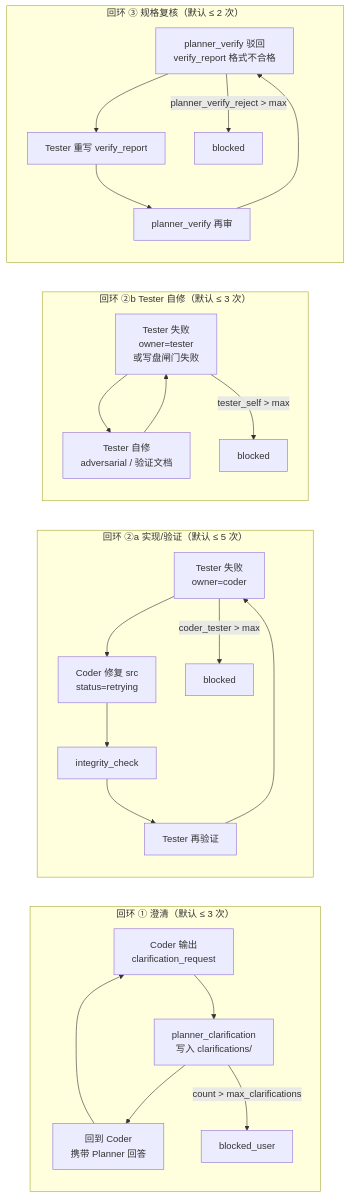
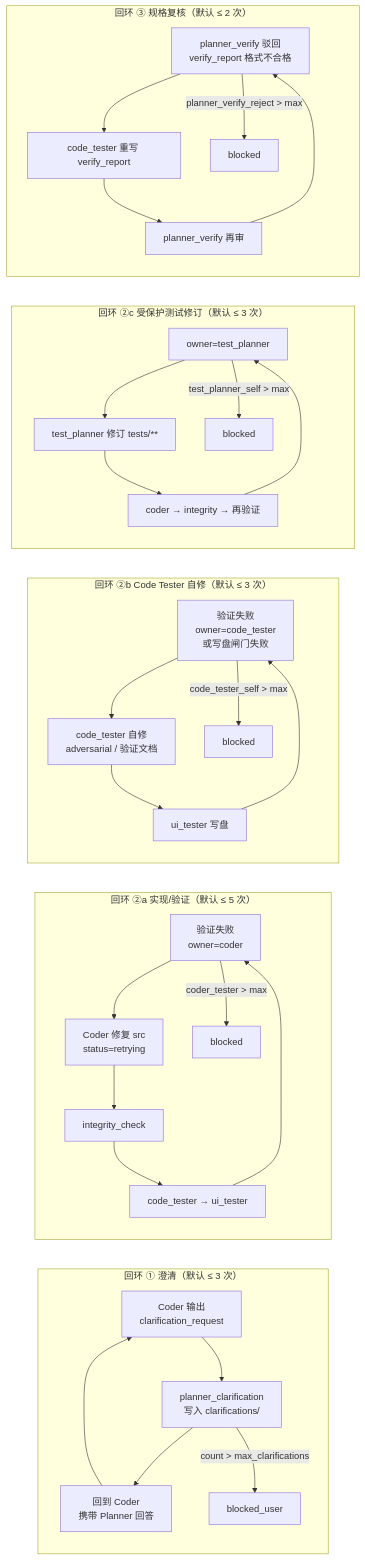
Before and after one commit to ai-poet/spec-forge: the second of 4 diagrams in README.md, drawn with Mermaid. The commit also changed other lines of this file and 46 other files, not shown here.

````diff
--- a/README.md
+++ b/README.md
@@ -222,34 +225,43 @@
 ```mermaid
 flowchart LR
   subgraph loop1 ["回环 ① 澄清（默认 ≤ 3 次）"]
     direction TB
     c1["Coder 输出\nclarification_request"] --> pc1["planner_clarification\n写入 clarifications/"]
     pc1 --> c1b["回到 Coder\n携带 Planner 回答"]
     c1b --> c1
     pc1 -->|"count > max_clarifications"| bu1["blocked_user"]
   end
 
   subgraph loop2a ["回环 ②a 实现/验证（默认 ≤ 5 次）"]
     direction TB
-    t2a["Tester 失败\nowner=coder"] --> c2["Coder 修复 src\nstatus=retrying"]
+    t2a["验证失败\nowner=coder"] --> c2["Coder 修复 src\nstatus=retrying"]
     c2 --> ic2["integrity_check"]
-    ic2 --> t2b["Tester 再验证"]
-    t2b --> t2a
+    ic2 --> ct2["code_tester → ui_tester"]
+    ct2 --> t2a
     t2a -->|"coder_tester > max"| b2["blocked"]
   end
 
-  subgraph loop2b ["回环 ②b Tester 自修（默认 ≤ 3 次）"]
+  subgraph loop2b ["回环 ②b Code Tester 自修（默认 ≤ 3 次）"]
     direction TB
-    t2s["Tester 失败\nowner=tester\n或写盘闸门失败"] --> t2s2["Tester 自修\nadversarial / 验证文档"]
-    t2s2 --> t2s
-    t2s -->|"tester_self > max"| b2s["blocked"]
+    t2s["验证失败\nowner=code_tester\n或写盘闸门失败"] --> t2s2["code_tester 自修\nadversarial / 验证文档"]
+    t2s2 --> uit2["ui_tester 写盘"]
+    uit2 --> t2s
+    t2s -->|"code_tester_self > max"| b2s["blocked"]
+  end
+
+  subgraph loop2tp ["回环 ②c 受保护测试修订（默认 ≤ 3 次）"]
+    direction TB
+    tp["owner=test_planner"] --> tp2["test_planner 修订 tests/**"]
+    tp2 --> ctp["coder → integrity → 再验证"]
+    ctp --> tp
+    tp -->|"test_planner_self > max"| btp["blocked"]
   end
 
   subgraph loop3 ["回环 ③ 规格复核（默认 ≤ 2 次）"]
     direction TB
-    pv3["planner_verify 驳回\nverify_report 格式不合格"] --> t3["Tester 重写 verify_report"]
-    t3 --> pv3b["planner_verify 再审"]
+    pv3["planner_verify 驳回\nverify_report 格式不合格"] --> ct3["code_tester 重写 verify_report"]
+    ct3 --> pv3b["planner_verify 再审"]
     pv3b --> pv3
     pv3 -->|"planner_verify_reject > max"| b3["blocked"]
   end
 ```
````
